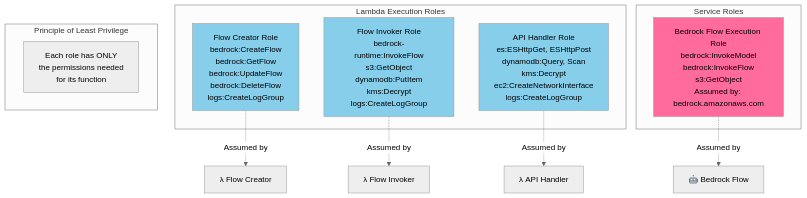
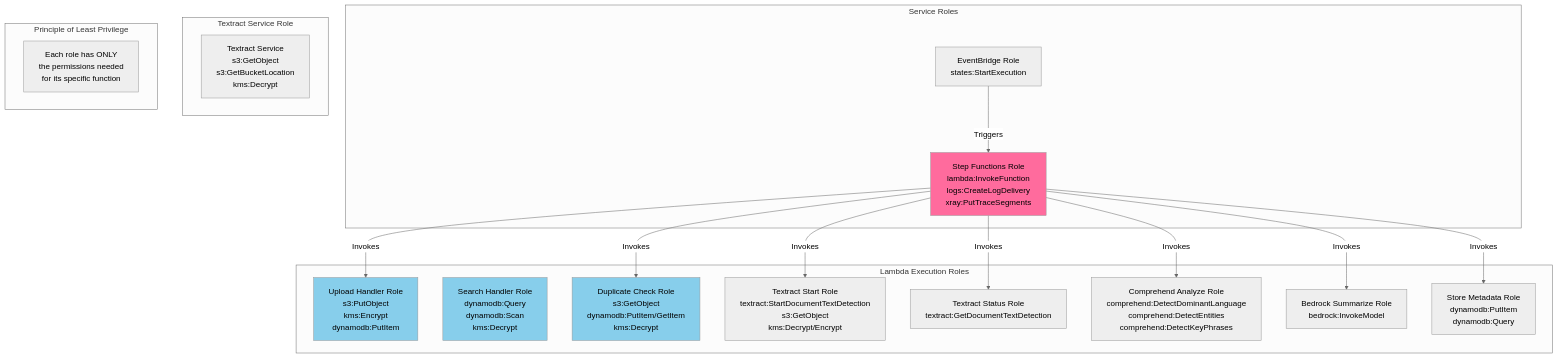
Before and after one commit to annabook21/IntelligentDoc_Processor: the tenth of 13 diagrams in ARCHITECTURE.md, drawn with Mermaid (neutral theme). The commit also changed other lines of this file and 5 other files, not shown here.

````diff
--- a/ARCHITECTURE.md
+++ b/ARCHITECTURE.md
@@ -562,26 +641,40 @@
 ```mermaid
-graph TB
+graph TD
     subgraph "Lambda Execution Roles"
-        FlowCreatorRole[Flow Creator Role<br/>bedrock:CreateFlow<br/>bedrock:GetFlow<br/>bedrock:UpdateFlow<br/>bedrock:DeleteFlow<br/>logs:CreateLogGroup]
-        FlowInvokerRole[Flow Invoker Role<br/>bedrock-runtime:InvokeFlow<br/>s3:GetObject<br/>dynamodb:PutItem<br/>kms:Decrypt<br/>logs:CreateLogGroup]
-        APIHandlerRole[API Handler Role<br/>es:ESHttpGet, ESHttpPost<br/>dynamodb:Query, Scan<br/>kms:Decrypt<br/>ec2:CreateNetworkInterface<br/>logs:CreateLogGroup]
+        UploadRole[Upload Handler Role<br/>s3:PutObject<br/>kms:Encrypt<br/>dynamodb:PutItem]
+        SearchRole[Search Handler Role<br/>dynamodb:Query<br/>dynamodb:Scan<br/>kms:Decrypt]
+        DupCheckRole[Duplicate Check Role<br/>s3:GetObject<br/>dynamodb:PutItem/GetItem<br/>kms:Decrypt]
+        TextractStartRole[Textract Start Role<br/>textract:StartDocumentTextDetection<br/>s3:GetObject<br/>kms:Decrypt/Encrypt]
+        TextractStatusRole[Textract Status Role<br/>textract:GetDocumentTextDetection]
+        ComprehendRole[Comprehend Analyze Role<br/>comprehend:DetectDominantLanguage<br/>comprehend:DetectEntities<br/>comprehend:DetectKeyPhrases]
+        BedrockRole[Bedrock Summarize Role<br/>bedrock:InvokeModel]
+        StoreRole[Store Metadata Role<br/>dynamodb:PutItem<br/>dynamodb:Query]
     end
 
     subgraph "Service Roles"
-        BedrockFlowRole[Bedrock Flow Execution Role<br/>bedrock:InvokeModel<br/>bedrock:InvokeFlow<br/>s3:GetObject<br/>Assumed by: bedrock.amazonaws.com]
+        StepFunctionsRole[Step Functions Role<br/>lambda:InvokeFunction<br/>logs:CreateLogDelivery<br/>xray:PutTraceSegments]
+        EventBridgeRole[EventBridge Role<br/>states:StartExecution]
+    end
+
+    subgraph "Textract Service Role"
+        TextractServiceRole[Textract Service<br/>s3:GetObject<br/>s3:GetBucketLocation<br/>kms:Decrypt]
     end
 
     subgraph "Principle of Least Privilege"
-        Note1[Each role has ONLY<br/>the permissions needed<br/>for its function]
+        Note1[Each role has ONLY<br/>the permissions needed<br/>for its specific function]
     end
 
-    FlowCreatorRole -.->|Assumed by| Lambda1[λ Flow Creator]
-    FlowInvokerRole -.->|Assumed by| Lambda2[λ Flow Invoker]
-    APIHandlerRole -.->|Assumed by| Lambda3[λ API Handler]
-    BedrockFlowRole -.->|Assumed by| BedrockFlow[🤖 Bedrock Flow]
+    StepFunctionsRole -->|Invokes| UploadRole
+    StepFunctionsRole -->|Invokes| DupCheckRole
+    StepFunctionsRole -->|Invokes| TextractStartRole
+    StepFunctionsRole -->|Invokes| TextractStatusRole
+    StepFunctionsRole -->|Invokes| ComprehendRole
+    StepFunctionsRole -->|Invokes| BedrockRole
+    StepFunctionsRole -->|Invokes| StoreRole
+    EventBridgeRole -->|Triggers| StepFunctionsRole
 
-    style FlowCreatorRole fill:#87CEEB
-    style FlowInvokerRole fill:#87CEEB
-    style APIHandlerRole fill:#87CEEB
-    style BedrockFlowRole fill:#ff6b9d
+    style UploadRole fill:#87CEEB
+    style SearchRole fill:#87CEEB
+    style DupCheckRole fill:#87CEEB
+    style StepFunctionsRole fill:#ff6b9d
 ```
````
